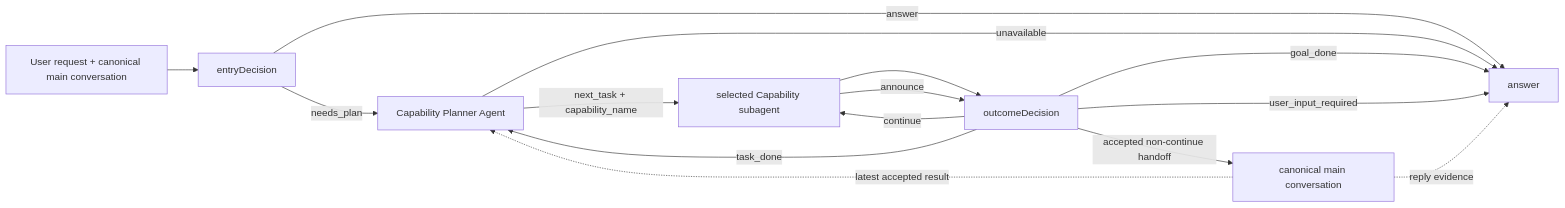
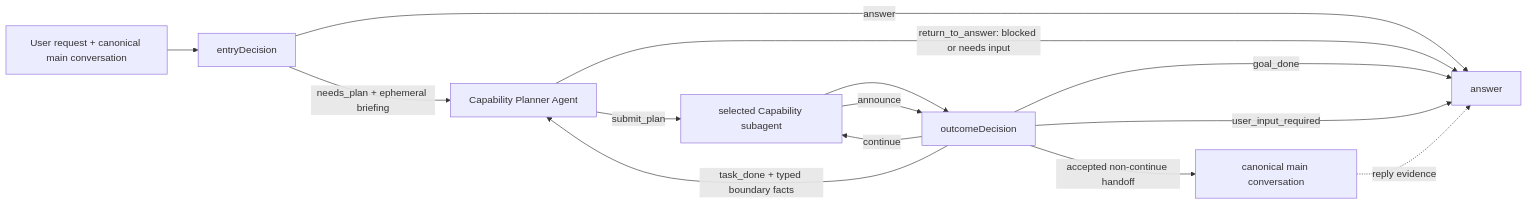
One commit to pinpawo/pinpawo-agent changed the diagram in docs/wiki/overview.md. Above: the diagram before and after it, drawn with Mermaid. The commit also changed other lines of this file and 24 other files, not shown here.

Commit message:
align Entry and Planner boundary contracts

````diff
--- a/docs/wiki/overview.md
+++ b/docs/wiki/overview.md
@@ -38,17 +39,16 @@
 ```mermaid
 flowchart LR
   U["User request + canonical main conversation"] --> E["entryDecision"]
   E -->|answer| A["answer"]
-  E -->|needs_plan| P["Capability Planner Agent"]
-  P -->|next_task + capability_name| X["selected Capability subagent"]
-  P -->|unavailable| A
+  E -->|needs_plan + ephemeral briefing| P["Capability Planner Agent"]
+  P -->|submit_plan| X["selected Capability subagent"]
+  P -->|return_to_answer: blocked or needs input| A
   X --> O["outcomeDecision"]
   O -->|continue| X
-  O -->|task_done| P
+  O -->|task_done + typed boundary facts| P
   O -->|goal_done| A
   O -->|user_input_required| A
   X -->|announce| O
   O -->|accepted non-continue handoff| M["canonical main conversation"]
   M -. reply evidence .-> A
-  M -. latest accepted result .-> P
 ```
````
